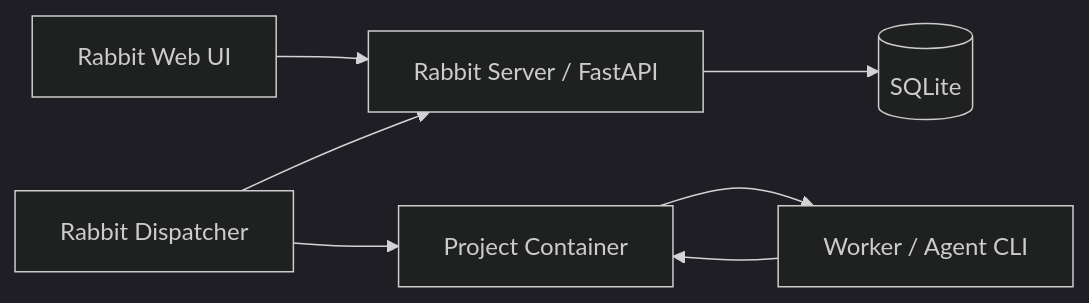
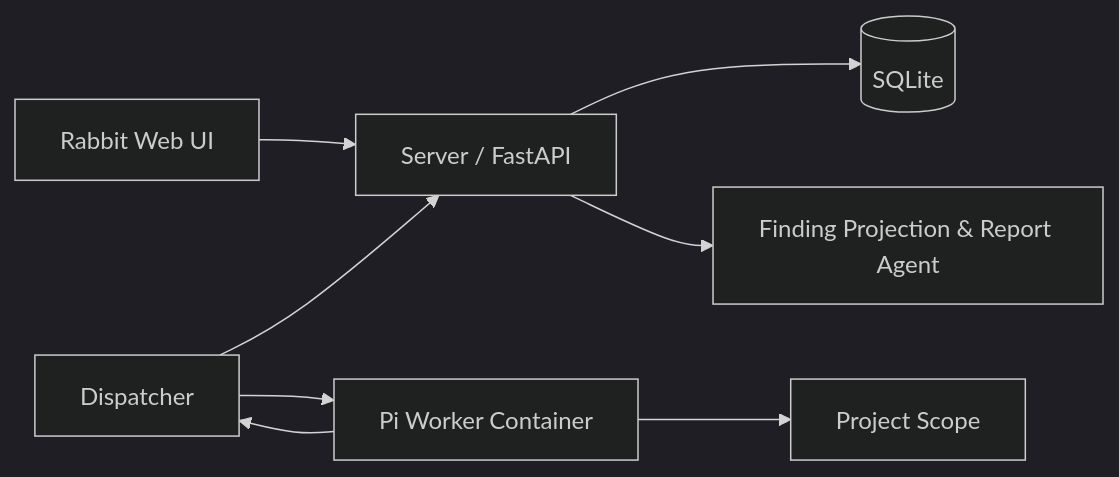
One commit to Rabbit0007/Rabbit changed the diagram in README.md. Above: the diagram before and after it, drawn with Mermaid (dark theme). The commit also changed other lines of this file and 132 other files, not shown here.

Commit message:
feat: complete Cairn-Y single-loop architecture

````diff
--- a/README.md
+++ b/README.md
@@ -44,9 +41,10 @@
 ```mermaid
 flowchart LR
-    UI["Rabbit Web UI"] --> Server["Rabbit Server / FastAPI"]
+    UI["Rabbit Web UI"] --> Server["Server / FastAPI"]
     Server --> DB[("SQLite")]
-    Dispatcher["Rabbit Dispatcher"] --> Server
-    Dispatcher --> Container["Project Container"]
-    Container --> Worker["Worker / Agent CLI"]
-    Worker --> Container
+    Dispatcher["Dispatcher"] --> Server
+    Dispatcher --> Worker["Pi Worker Container"]
+    Worker --> Dispatcher
+    Worker --> Target["Project Scope"]
+    Server --> Report["Finding Projection & Report Agent"]
 ```
````
